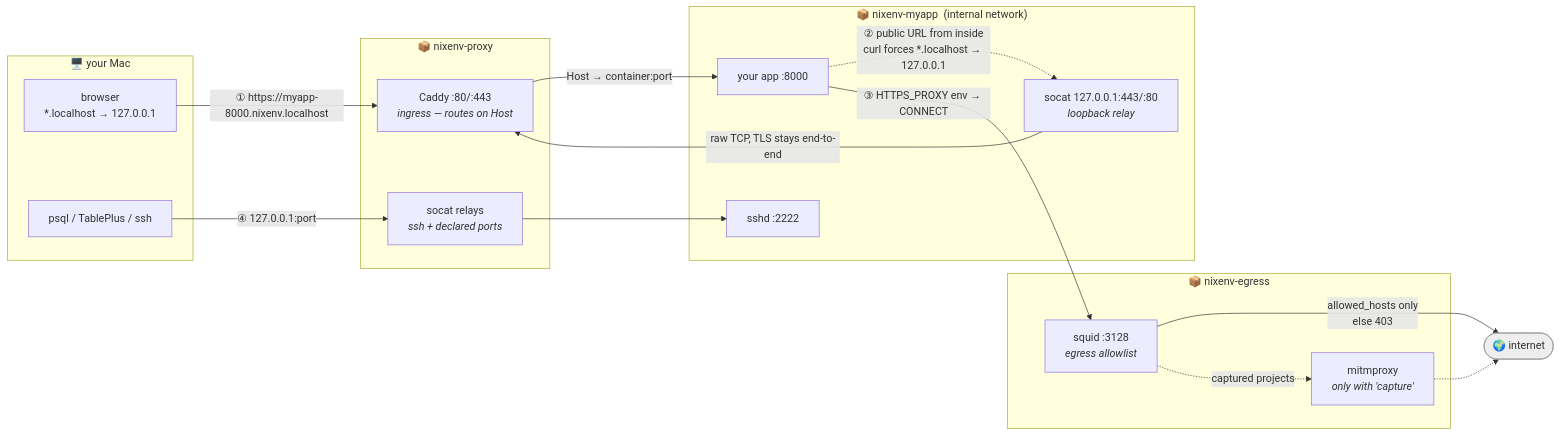
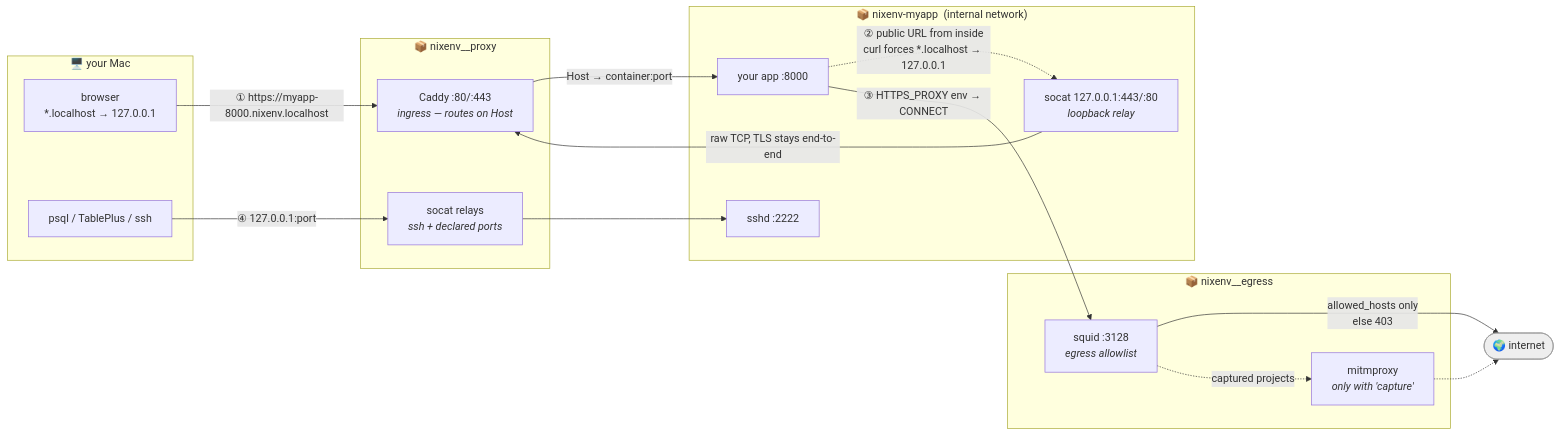
Before and after one commit to rande/nixenv: the diagram in README.md, drawn with Mermaid. The commit also changed other lines of this file and 14 other files, not shown here.

````diff
--- a/README.md
+++ b/README.md
@@ -354,38 +354,38 @@
 ```mermaid
 flowchart LR
     subgraph HOST["🖥️  your Mac"]
         BROWSER["browser<br/>*.localhost → 127.0.0.1"]
         CLIENT["psql / TablePlus / ssh"]
     end
 
-    subgraph PROXYC["📦 nixenv-proxy"]
+    subgraph PROXYC["📦 nixenv__proxy"]
         CADDY["Caddy :80/:443<br/><i>ingress — routes on Host</i>"]
         RELAYS["socat relays<br/><i>ssh + declared ports</i>"]
     end
 
-    subgraph EGRESSC["📦 nixenv-egress"]
+    subgraph EGRESSC["📦 nixenv__egress"]
         SQUID["squid :3128<br/><i>egress allowlist</i>"]
         MITM["mitmproxy<br/><i>only with 'capture'</i>"]
     end
 
     subgraph PROJ["📦 nixenv-myapp &nbsp;(internal network)"]
         LOOP["socat 127.0.0.1:443/:80<br/><i>loopback relay</i>"]
         APP["your app :8000"]
         SSHD["sshd :2222"]
     end
 
     NET(["🌍 internet"])
 
     BROWSER -- "① https://myapp-8000.nixenv.localhost" --> CADDY
     CADDY -- "Host → container:port" --> APP
     APP -. "② public URL from inside<br/>curl forces *.localhost → 127.0.0.1" .-> LOOP
     LOOP -- "raw TCP, TLS stays end-to-end" --> CADDY
     APP -- "③ HTTPS_PROXY env → CONNECT" --> SQUID
     SQUID -- "allowed_hosts only<br/>else 403" --> NET
     SQUID -. "captured projects" .-> MITM
     MITM -.-> NET
     CLIENT -- "④ 127.0.0.1:port" --> RELAYS
     RELAYS --> SSHD
 
     style NET fill:#eee,stroke:#999
 ```
````
